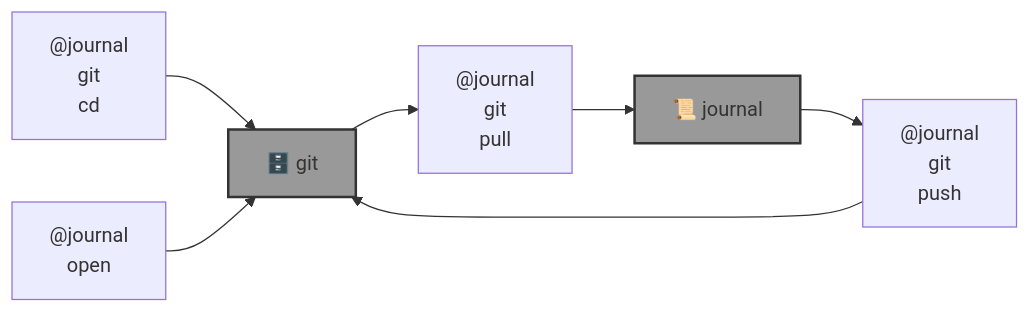
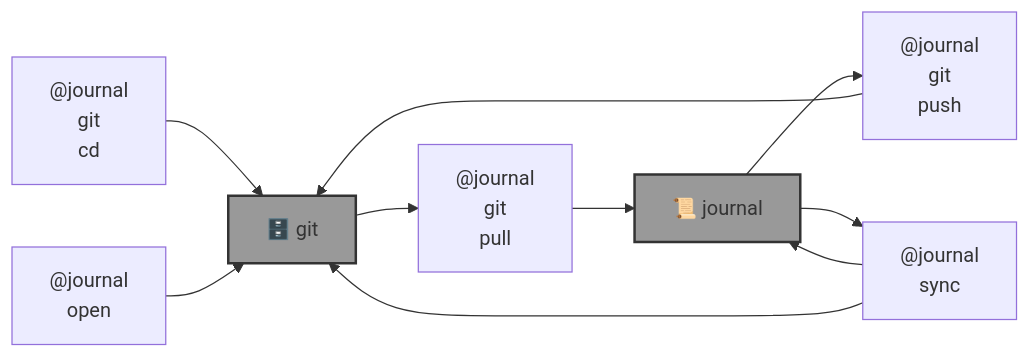
One commit to kamangir/bluer-journal changed the diagram in README.md. Above: the diagram before and after it, drawn with Mermaid. The commit also changed other lines of this file and 4 other files, not shown here.

````diff
--- a/README.md
+++ b/README.md
@@ -5,26 +5,32 @@
 ```mermaid
 graph LR
 
     journal_git_cd["@journal<br>git<br>cd"]
 
     journal_git_pull["@journal<br>git<br>pull"]
 
     journal_git_push["@journal<br>git<br>push"]
 
     journal_open["@journal<br>open"]
+
+    journal_sync["@journal<br>sync"]
 
     journal["📜 journal"]:::folder
     git["🗄️ git"]:::folder
 
     journal_git_cd --> git
 
     git --> journal_git_pull
     journal_git_pull --> journal
 
     journal --> journal_git_push
     journal_git_push --> git
 
     journal_open --> git
 
+    journal --> journal_sync
+    journal_sync --> journal
+    journal_sync --> git
+
     classDef folder fill:#999,stroke:#333,stroke-width:2px;
 ```
````
